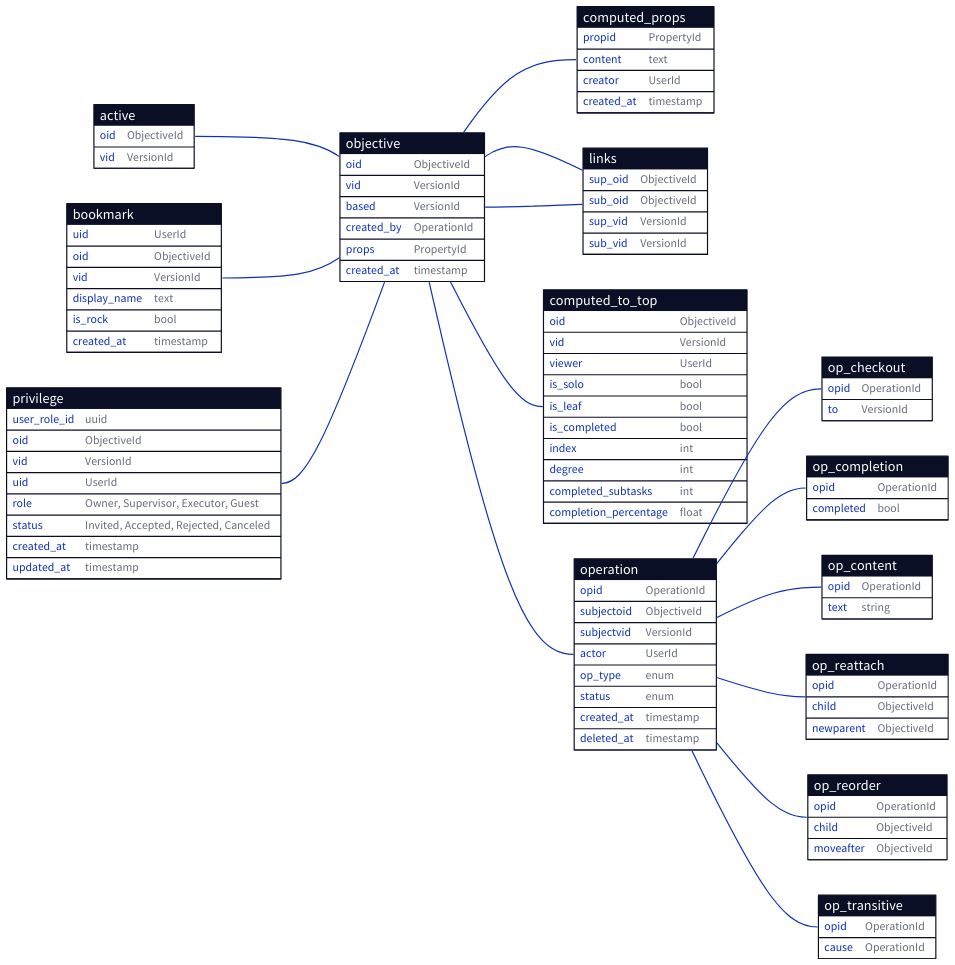
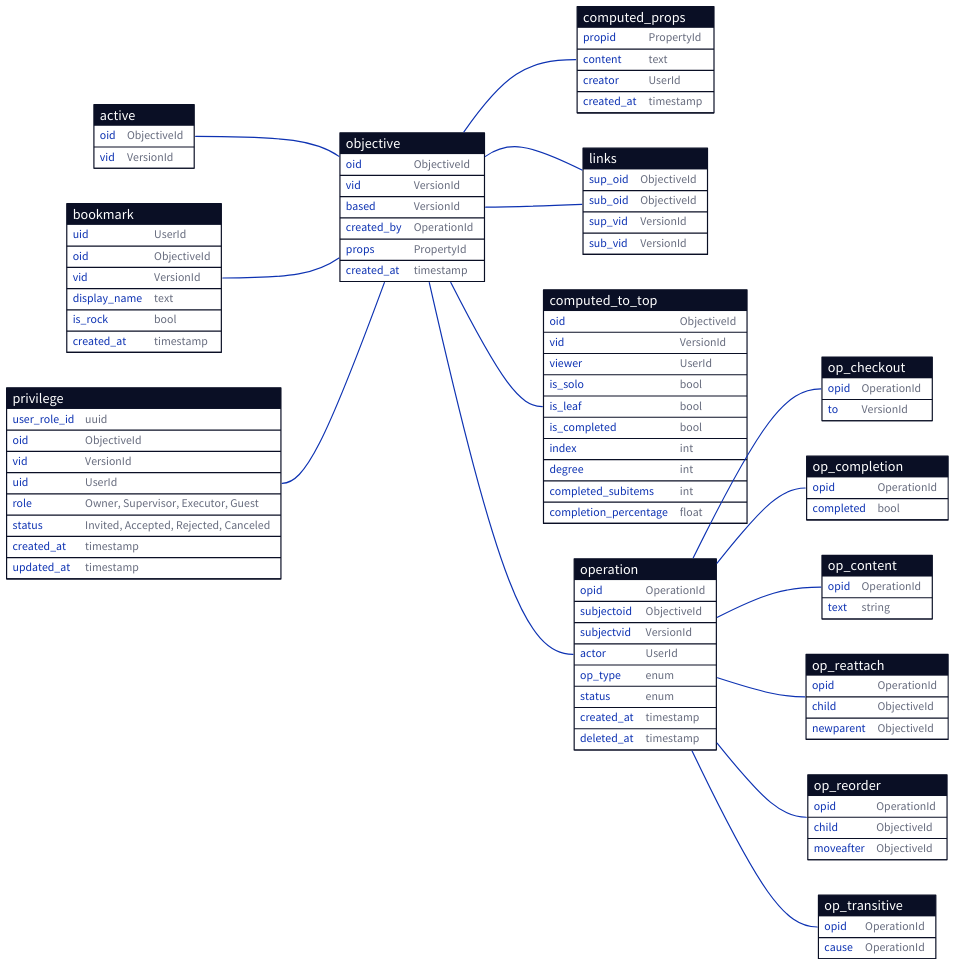
One commit to ufukty/logbook changed the diagram in docs/database/simplified.d2. Above: the diagram before and after it, drawn with D2. The commit also changed 1 other file, not shown here.

Commit message:
docs/database/simplified: replaces column name `completed_subtasks` to `completed_subitems`

```diff
--- a/docs/database/simplified.d2
+++ b/docs/database/simplified.d2
@@ -1,174 +1,174 @@
 active: {
   shape: sql_table
 
   oid: ObjectiveId
   vid: VersionId
 }
 
 bookmark: {
   shape: sql_table
 
   uid: UserId
   oid: ObjectiveId
   vid: VersionId
   display_name: text
   is_rock: bool # rocks are hidden in the UI
   created_at: timestamp
 }
 
 privilege: {
   shape: sql_table
 
   user_role_id: uuid
   oid: ObjectiveId
   vid: VersionId
   uid: UserId
   role: "Owner, Supervisor, Executor, Guest"
   status: "Invited, Accepted, Rejected, Canceled"
   created_at: timestamp
   updated_at: timestamp
 }
 
 objective: {
   shape: sql_table
 
   oid: ObjectiveId
   vid: VersionId
   based: VersionId
   created_by: OperationId
   props: PropertyId
 
   created_at: timestamp # creation of this version (=row)
 }
 
 # cached from operations to reduce view build duration
 # separately versioned from the objective to detach it from privilege and collaboration config changes
 computed_props: {
   shape: sql_table
 
   propid: PropertyId
   content: text
   creator: UserId
   created_at: timestamp
 }
 
 links: {
   shape: sql_table
 
   sup_oid: ObjectiveId
   sub_oid: ObjectiveId
   sup_vid: VersionId
   sub_vid: VersionId
 }
 
 computed_to_top: {
   shape: sql_table
 
   oid: ObjectiveId
   vid: VersionId
   viewer: UserId
 
   is_solo: bool
   is_leaf: bool
   is_completed: bool
 
   index: int
   degree: int
-  completed_subtasks: int
+  completed_subitems: int
   completion_percentage: float
 }
 
 operation: {
   shape: sql_table
 
   opid: OperationId
   
   subjectoid: ObjectiveId
   subjectvid: VersionId
   actor: UserId
 
   op_type: enum # Transitive, Checkout, Completion, Reattach, Reorder, Content
   status: enum # Received, Accepted, Rejected
 
   created_at: timestamp
   deleted_at: timestamp
 }
 
 op_checkout: {
   shape: sql_table
   
   opid: OperationId 
   to: VersionId
 }
 
 op_content: {
   shape: sql_table
   
   opid: OperationId 
   text: string
 }
 
 op_completion: {
   shape: sql_table
 
   opid: OperationId
   completed: bool
 }
 
 # reattachment operation gets defined on the old parent of the objective is requested to be moved into next parent's bottom
 op_reattach: {
   shape: sql_table
   
   opid: OperationId 
   child: ObjectiveId # find the vid from only version of child linked to current version of subject
   newparent: ObjectiveId # find the vid of parent from following the ascendants of subject reached from active versions
 }
 
 op_reorder: {
   shape: sql_table
   
   opid: OperationId 
   child: ObjectiveId
   moveafter: ObjectiveId
 }
 
 # every ascendant gets an transitive update operation when an objective gets version changing event from user (either checkout or content/prop modification)
 op_transitive: {
   shape: sql_table
   
   opid: OperationId 
   cause: OperationId
 }
 
 direction: right
 
 active.oid -- objective.oid
 
 # a bookmark points to a root node of a work tree
 bookmark.oid -- objective.oid
 # bookmark.vid -- objective.vid
 
 # Any task with custom privilege hand.can have owner/viewers/executors
 privilege.oid -- objective.oid
 # privilege.vid -- objective.vid
 
 objective.oid -- links.sup_oid
 # objective.vid -- links.sup_vid
 
 objective.oid -- links.sub_oid
 # objective.vid -- links.sub_vid
 
 objective.oid -- computed_to_top.oid
 # objective.vid -- computed_to_top.vid
 
 operation.opid -- op_checkout.opid
 operation.opid -- op_completion.opid
 operation.opid -- op_content.opid
 operation.opid -- op_reattach.opid
 operation.opid -- op_reorder.opid
 operation.opid -- op_transitive.opid
 
 objective.created_by -- operation.opid
 
 objective.props -- computed_props.propid
 # objective.vid -- props.vid
```
